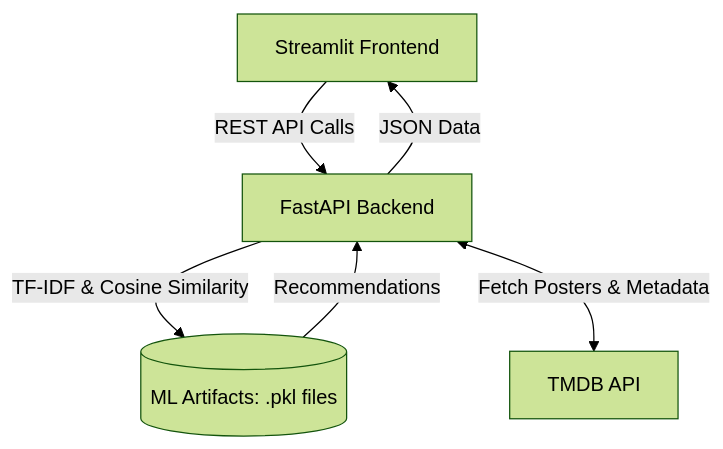
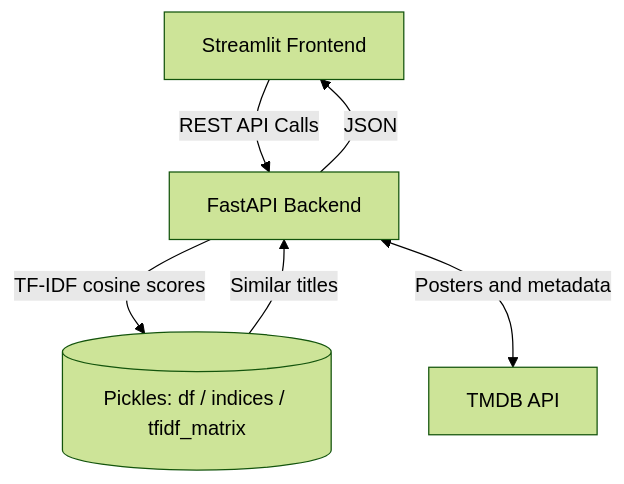
The diagram in README.md (sumitjadhav1703/movie_recommendation_system), drawn with Mermaid (forest theme) before and after one commit. The commit also changed other lines of this file and 2 other files, not shown here.

````diff
--- a/README.md
+++ b/README.md
@@ -52,8 +30,8 @@
 ```mermaid
 graph TD
     Client[Streamlit Frontend] -->|REST API Calls| API[FastAPI Backend]
-    API -->|TF-IDF & Cosine Similarity| ML[(ML Artifacts: .pkl files)]
-    API <-->|Fetch Posters & Metadata| TMDB[TMDB API]
-    ML -->|Recommendations| API
-    API -->|JSON Data| Client
+    API -->|TF-IDF cosine scores| ML[(Pickles: df / indices / tfidf_matrix)]
+    API <-->|Posters and metadata| TMDB[TMDB API]
+    ML -->|Similar titles| API
+    API -->|JSON| Client
 ```
````
